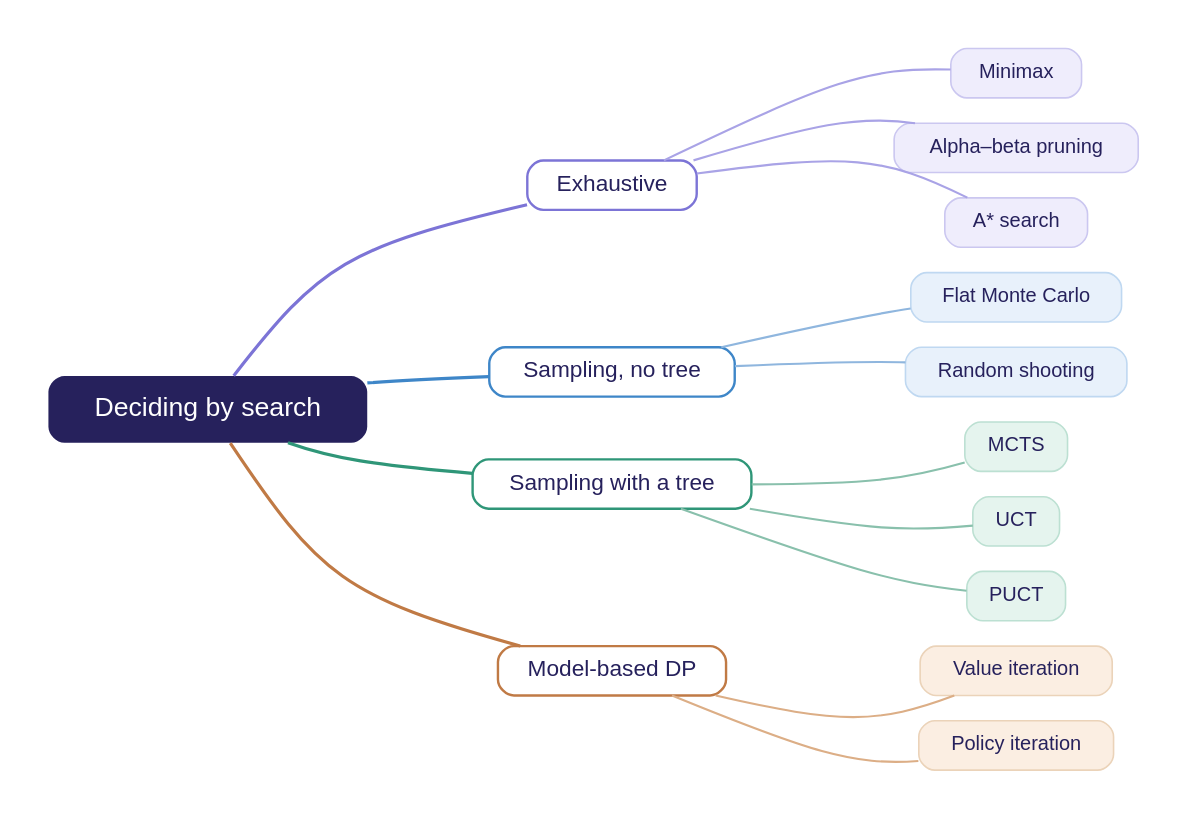
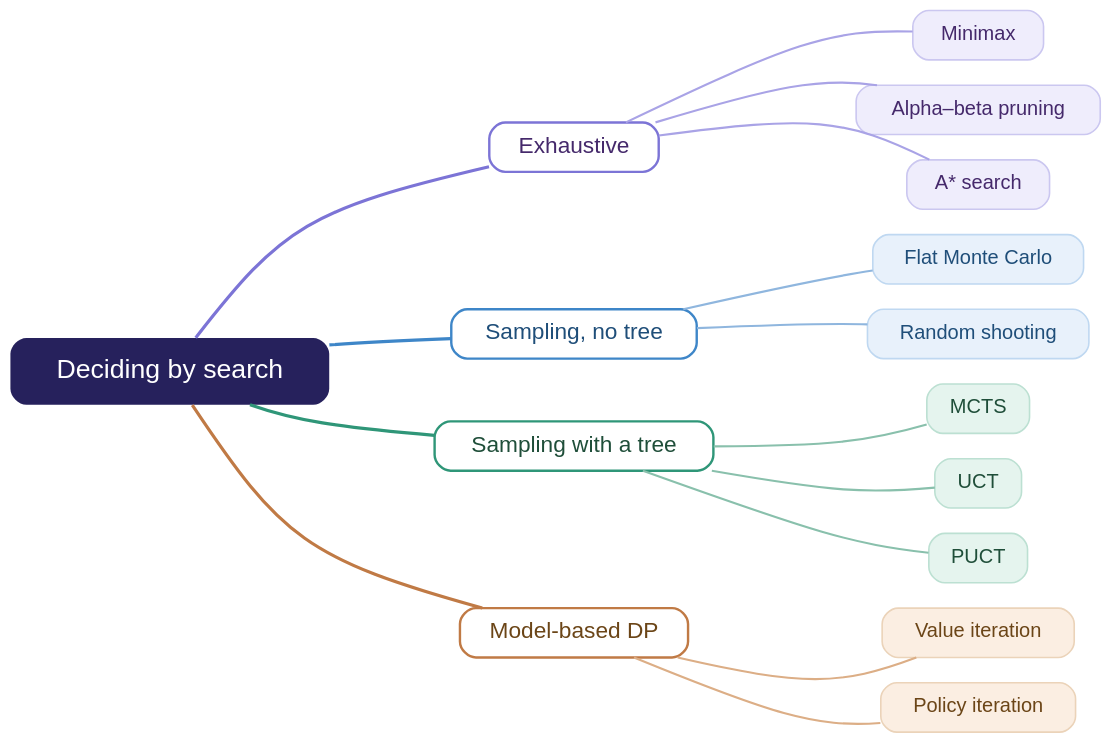
Before and after one commit to causify-ai/helpers: the sixth of 6 diagrams in .claude/templates/graphviz.template.md, drawn with Graphviz. The commit also changed other lines of this file and 3 other files, not shown here.

````diff
--- a/.claude/templates/graphviz.template.md
+++ b/.claude/templates/graphviz.template.md
@@ -512,48 +512,48 @@
 ```graphviz[width=40%]
 digraph deciding_by_search {
-  graph [rankdir=LR, splines=curved, bgcolor="white",
+  graph [rankdir=LR, splines=curved, bgcolor="transparent",
          ranksep="1.1 equally", nodesep=0.26, pad=0.4, fontname="Helvetica"];
-  node  [shape=box, style="filled,rounded", fontname="Helvetica", fontsize=15,
+  node  [shape=box, style="rounded,filled", fontname="Helvetica", fontsize=15,
          fontcolor="#26215C", color="#D8D6EE", penwidth=1.2,
          height=0.52, margin="0.24,0.10"];
   edge  [arrowhead=none, penwidth=1.6, color="#B9B6D6"];
 
-  root [label="Deciding by search", shape=box, style="filled,rounded",
+  root [label="Deciding by search", shape=box, style="rounded,filled",
         fillcolor="#26215C", fontcolor="white", fontsize=20, penwidth=0,
         margin="0.34,0.20"];
 
   // ── Exhaustive · violet ────────────────────────────────────────────────
-  exhaustive [label="Exhaustive", fillcolor="white", color="#7C74D6", penwidth=1.8, fontsize=17];
-  minimax    [label="Minimax",              fillcolor="#EFEDFC", color="#CBC7F0"];
-  alphabeta  [label="Alpha–beta pruning",   fillcolor="#EFEDFC", color="#CBC7F0"];
-  astar      [label="A* search",            fillcolor="#EFEDFC", color="#CBC7F0"];
+  exhaustive [label="Exhaustive", fillcolor="white", color="#7C74D6", fontcolor="#45296B", penwidth=1.8, fontsize=17];
+  minimax    [label="Minimax",              fillcolor="#EFEDFC", color="#CBC7F0", fontcolor="#45296B"];
+  alphabeta  [label="Alpha–beta pruning",   fillcolor="#EFEDFC", color="#CBC7F0", fontcolor="#45296B"];
+  astar      [label="A* search",            fillcolor="#EFEDFC", color="#CBC7F0", fontcolor="#45296B"];
 
   // ── Sampling, no tree · blue ───────────────────────────────────────────
-  flat       [label="Sampling, no tree", fillcolor="white", color="#3E86C8", penwidth=1.8, fontsize=17];
-  flatmc     [label="Flat Monte Carlo",  fillcolor="#E8F1FB", color="#BFD8F1"];
-  shooting   [label="Random shooting",   fillcolor="#E8F1FB", color="#BFD8F1"];
+  flat       [label="Sampling, no tree", fillcolor="white", color="#3E86C8", fontcolor="#1F4E79", penwidth=1.8, fontsize=17];
+  flatmc     [label="Flat Monte Carlo",  fillcolor="#E8F1FB", color="#BFD8F1", fontcolor="#1F4E79"];
+  shooting   [label="Random shooting",   fillcolor="#E8F1FB", color="#BFD8F1", fontcolor="#1F4E79"];
 
-  // ── Sampling with a tree · green ───────────────────────────────────────
-  tree       [label="Sampling with a tree", fillcolor="white", color="#2F9678", penwidth=1.8, fontsize=17];
-  mcts       [label="MCTS", fillcolor="#E5F4EE", color="#BCE0D2"];
-  uct        [label="UCT",  fillcolor="#E5F4EE", color="#BCE0D2"];
-  puct       [label="PUCT", fillcolor="#E5F4EE", color="#BCE0D2"];
+  // ── Sampling with a tree · teal ─────────────────────────────────────────
+  tree       [label="Sampling with a tree", fillcolor="white", color="#2F9678", fontcolor="#1F4E39", penwidth=1.8, fontsize=17];
+  mcts       [label="MCTS", fillcolor="#E5F4EE", color="#BCE0D2", fontcolor="#1F4E39"];
+  uct        [label="UCT",  fillcolor="#E5F4EE", color="#BCE0D2", fontcolor="#1F4E39"];
+  puct       [label="PUCT", fillcolor="#E5F4EE", color="#BCE0D2", fontcolor="#1F4E39"];
 
-  // ── Model-based DP · amber ─────────────────────────────────────────────
-  dp         [label="Model-based DP",  fillcolor="white", color="#C07A45", penwidth=1.8, fontsize=17];
-  valueit    [label="Value iteration",  fillcolor="#FBEEE2", color="#EBD3B9"];
-  policyit   [label="Policy iteration", fillcolor="#FBEEE2", color="#EBD3B9"];
+  // ── Model-based DP · orange ────────────────────────────────────────────
+  dp         [label="Model-based DP",  fillcolor="white", color="#C07A45", fontcolor="#6B4517", penwidth=1.8, fontsize=17];
+  valueit    [label="Value iteration",  fillcolor="#FBEEE2", color="#EBD3B9", fontcolor="#6B4517"];
+  policyit   [label="Policy iteration", fillcolor="#FBEEE2", color="#EBD3B9", fontcolor="#6B4517"];
 
   root -> exhaustive [color="#7C74D6", penwidth=2.4];
   root -> flat       [color="#3E86C8", penwidth=2.4];
   root -> tree       [color="#2F9678", penwidth=2.4];
   root -> dp         [color="#C07A45", penwidth=2.4];
 
   exhaustive -> {minimax alphabeta astar}  [color="#A9A3E6"];
   flat       -> {flatmc shooting}          [color="#8FB6DE"];
   tree       -> {mcts uct puct}            [color="#89C0AC"];
   dp         -> {valueit policyit}         [color="#DCAE86"];
 
   { rank=same; minimax; alphabeta; astar; flatmc; shooting; mcts; uct; puct; valueit; policyit; }
 }
 ```
````
